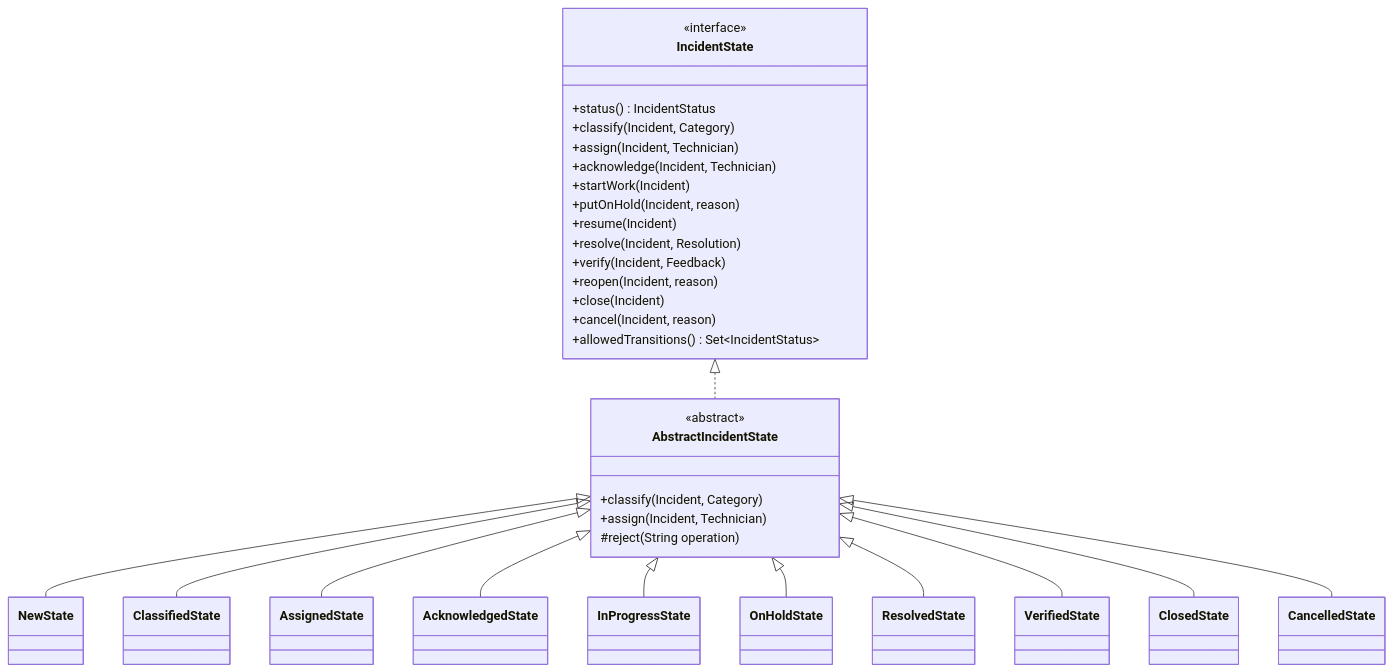
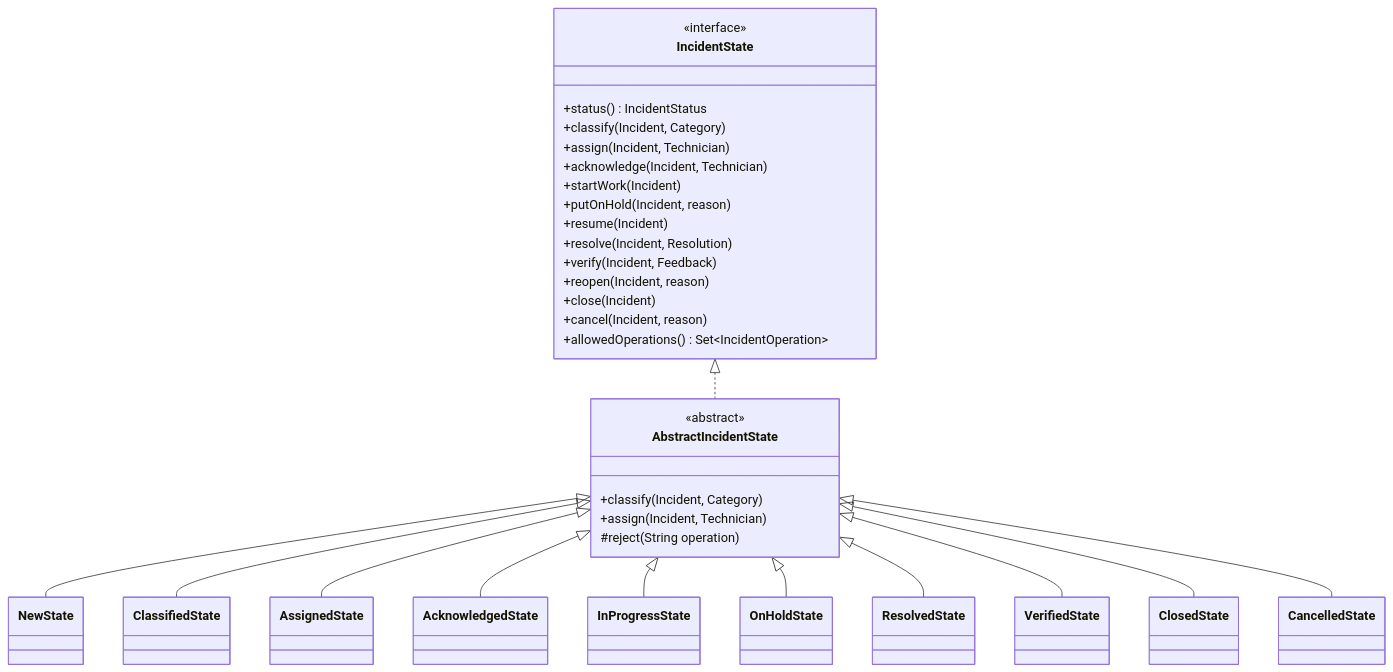
Before and after one commit to Dileep1714/I-ITSM: the fifth of 9 diagrams in docs/DOMAIN_MODEL.md, drawn with Mermaid. The commit also changed other lines of this file and 42 other files, not shown here.

````diff
--- a/docs/DOMAIN_MODEL.md
+++ b/docs/DOMAIN_MODEL.md
@@ -295,36 +299,36 @@
 ```mermaid
 classDiagram
     class IncidentState {
         <<interface>>
         +status() IncidentStatus
         +classify(Incident, Category)
         +assign(Incident, Technician)
         +acknowledge(Incident, Technician)
         +startWork(Incident)
         +putOnHold(Incident, reason)
         +resume(Incident)
         +resolve(Incident, Resolution)
         +verify(Incident, Feedback)
         +reopen(Incident, reason)
         +close(Incident)
         +cancel(Incident, reason)
-        +allowedTransitions() Set~IncidentStatus~
+        +allowedOperations() Set~IncidentOperation~
     }
     class AbstractIncidentState {
         <<abstract>>
         +classify(Incident, Category)
         +assign(Incident, Technician)
         #reject(String operation)
     }
     IncidentState <|.. AbstractIncidentState
     AbstractIncidentState <|-- NewState
     AbstractIncidentState <|-- ClassifiedState
     AbstractIncidentState <|-- AssignedState
     AbstractIncidentState <|-- AcknowledgedState
     AbstractIncidentState <|-- InProgressState
     AbstractIncidentState <|-- OnHoldState
     AbstractIncidentState <|-- ResolvedState
     AbstractIncidentState <|-- VerifiedState
     AbstractIncidentState <|-- ClosedState
     AbstractIncidentState <|-- CancelledState
 ```
````
